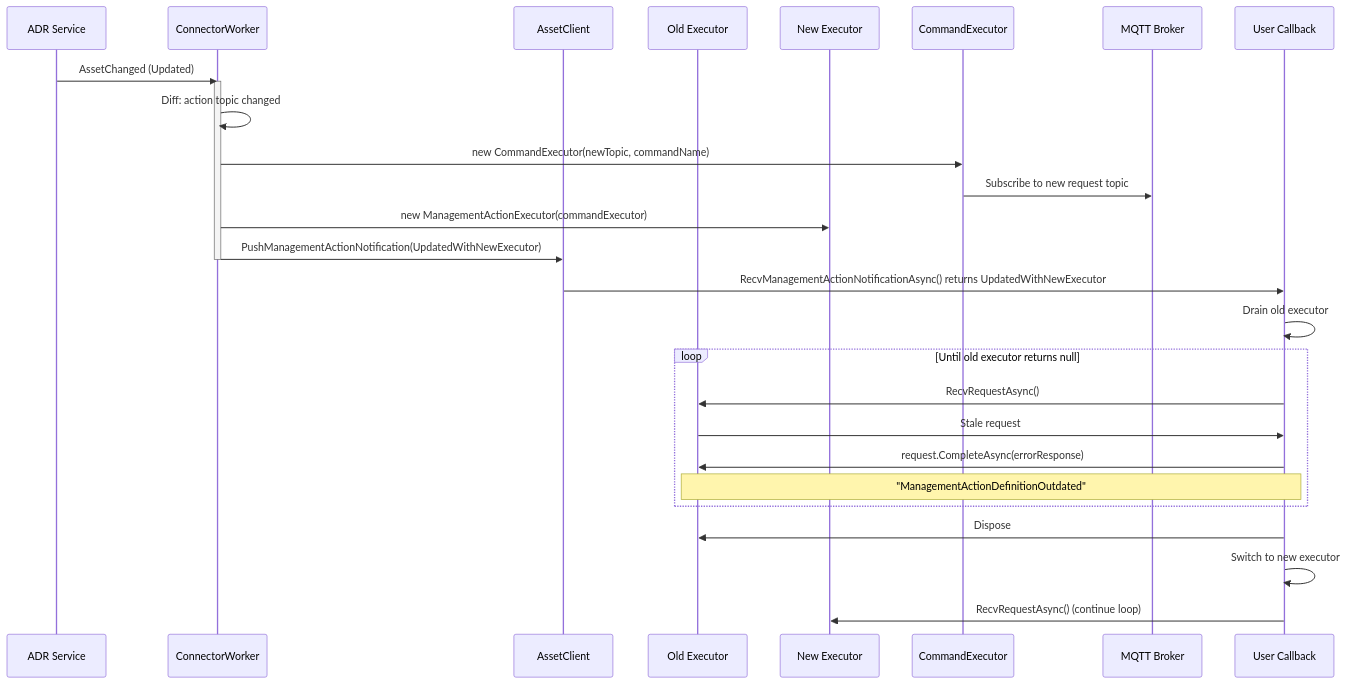
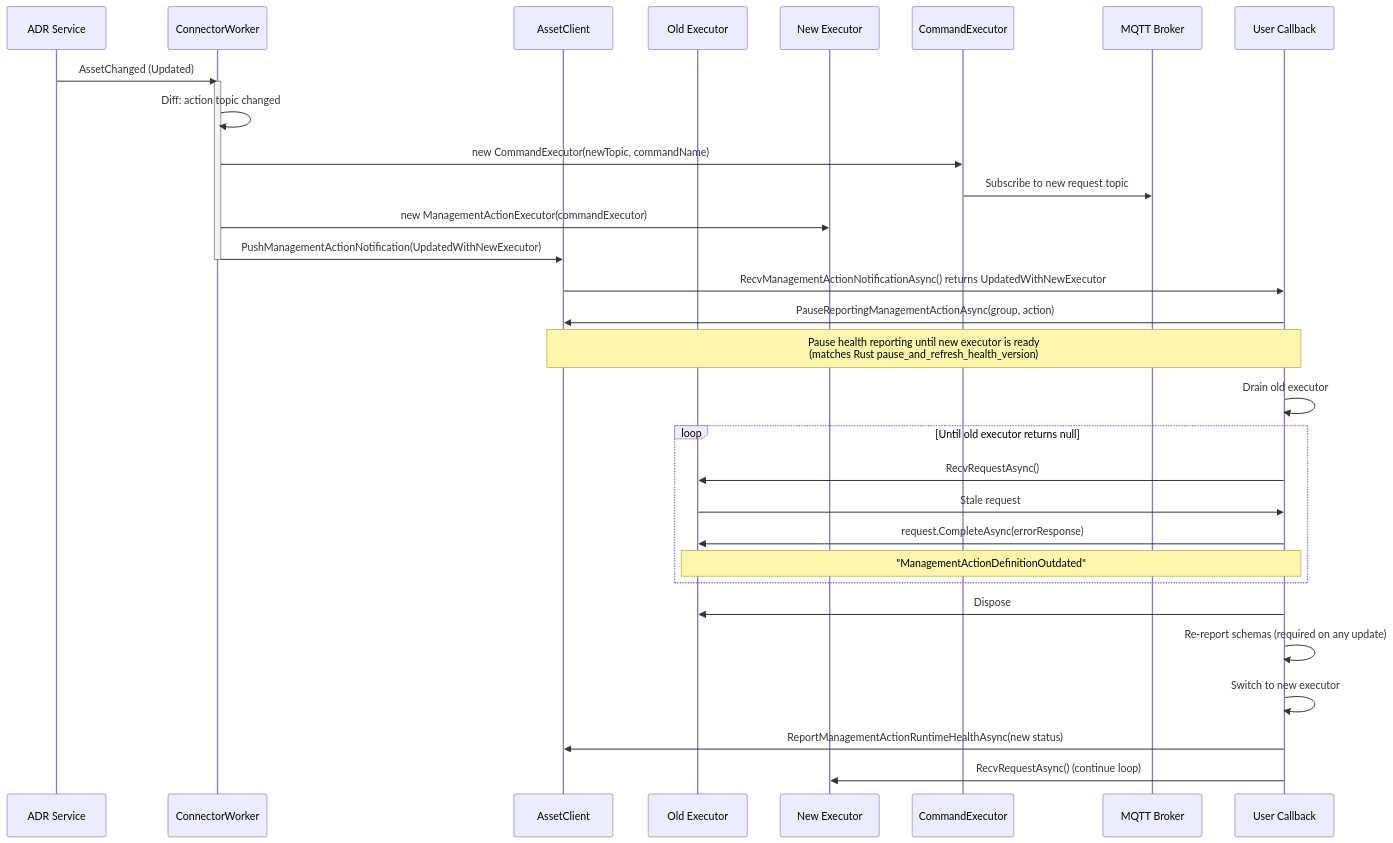
One commit to Azure/iot-operations-sdks changed the seventh of 10 diagrams in doc/dev/tmp/management-action-implementation-design.md. Above: the diagram before and after it, drawn with Mermaid. The commit also changed other lines of this file and 18 other files, not shown here.

Commit message:
feat: Implement Management Action Connector with initial API and configuration

````diff
--- a/doc/dev/tmp/management-action-implementation-design.md
+++ b/doc/dev/tmp/management-action-implementation-design.md
@@ -720,35 +731,40 @@
 ```mermaid
 sequenceDiagram
     participant ADR as ADR Service
     participant CW as ConnectorWorker
     participant AC as AssetClient
     participant MAE_old as Old Executor
     participant MAE_new as New Executor
     participant CE as CommandExecutor
     participant MQTT as MQTT Broker
     participant User as User Callback
 
     ADR->>CW: AssetChanged (Updated)
     activate CW
     CW->>CW: Diff: action topic changed
 
     CW->>CE: new CommandExecutor(newTopic, commandName)
     CE->>MQTT: Subscribe to new request topic
     CW->>MAE_new: new ManagementActionExecutor(commandExecutor)
 
     CW->>AC: PushManagementActionNotification(UpdatedWithNewExecutor)
     deactivate CW
     AC->>User: RecvManagementActionNotificationAsync() returns UpdatedWithNewExecutor
 
+    User->>AC: PauseReportingManagementActionAsync(group, action)
+    Note over User,AC: Pause health reporting until new executor is ready<br/>(matches Rust pause_and_refresh_health_version)
+
     User->>User: Drain old executor
     loop Until old executor returns null
         User->>MAE_old: RecvRequestAsync()
         MAE_old->>User: Stale request
         User->>MAE_old: request.CompleteAsync(errorResponse)
         Note over User,MAE_old: "ManagementActionDefinitionOutdated"
     end
     User->>MAE_old: Dispose
 
+    User->>User: Re-report schemas (required on any update)
     User->>User: Switch to new executor
+    User->>AC: ReportManagementActionRuntimeHealthAsync(new status)
     User->>MAE_new: RecvRequestAsync() (continue loop)
 ```
````
